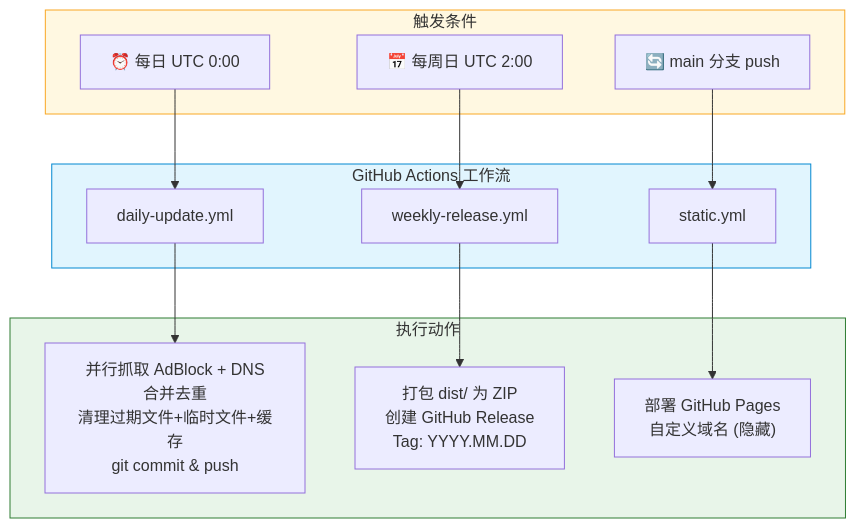
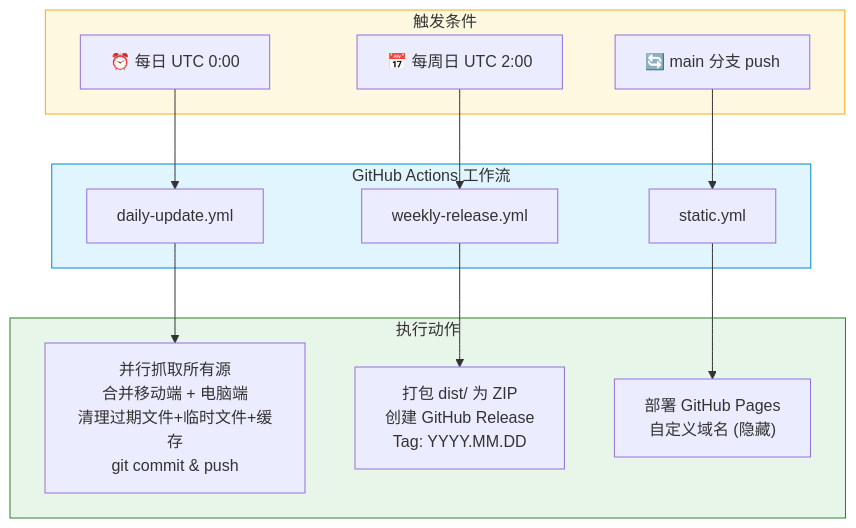
One commit to Chaniug/FilterFusion changed the third of 5 diagrams in docs/PROJECT_DOCS.md. Above: the diagram before and after it, drawn with Mermaid. The commit also changed other lines of this file and 8 other files, not shown here.

````diff
--- a/docs/PROJECT_DOCS.md
+++ b/docs/PROJECT_DOCS.md
@@ -411,28 +427,28 @@
 ```mermaid
 flowchart TB
     subgraph TRIGGERS["触发条件"]
         T1["⏰ 每日 UTC 0:00"]
         T2["📅 每周日 UTC 2:00"]
         T3["🔄 main 分支 push"]
     end
 
     subgraph WORKFLOWS["GitHub Actions 工作流"]
         W1["daily-update.yml"]
         W2["weekly-release.yml"]
         W3["static.yml"]
     end
 
     subgraph ACTIONS["执行动作"]
-        A1["并行抓取 AdBlock + DNS<br/>合并去重<br/>清理过期文件+临时文件+缓存<br/>git commit & push"]
+        A1["并行抓取所有源<br/>合并移动端 + 电脑端<br/>清理过期文件+临时文件+缓存<br/>git commit & push"]
         A2["打包 dist/ 为 ZIP<br/>创建 GitHub Release<br/>Tag: YYYY.MM.DD"]
         A3["部署 GitHub Pages<br/>自定义域名 (隐藏)"]
     end
 
     T1 --> W1 --> A1
     T2 --> W2 --> A2
     T3 --> W3 --> A3
 
     style TRIGGERS fill:#fff8e1,stroke:#f9a825
     style WORKFLOWS fill:#e1f5fe,stroke:#0288d1
     style ACTIONS fill:#e8f5e9,stroke:#2e7d32
 ```
````
